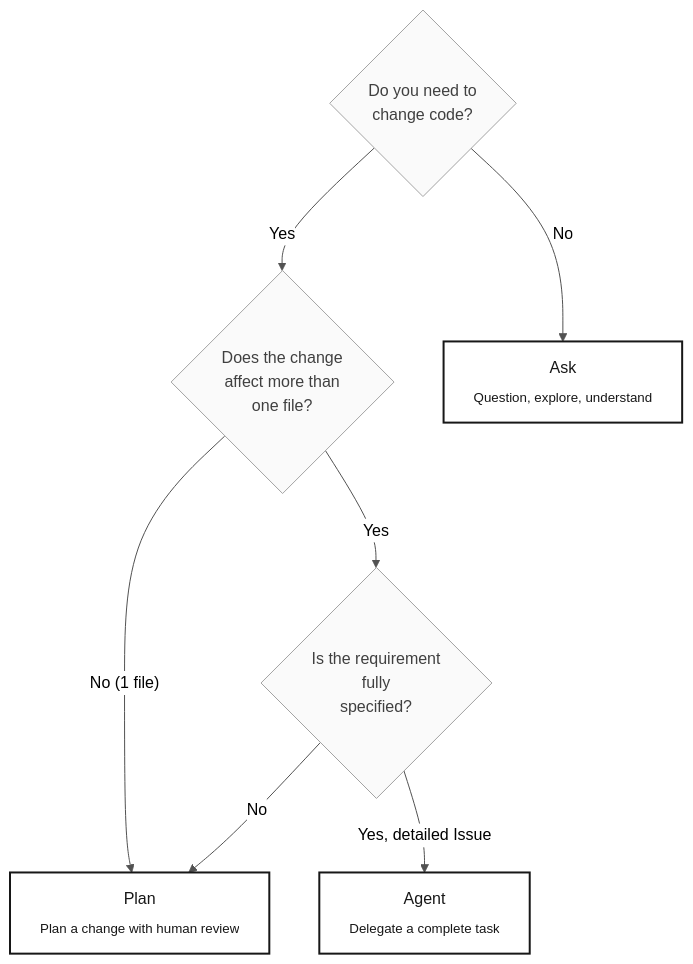
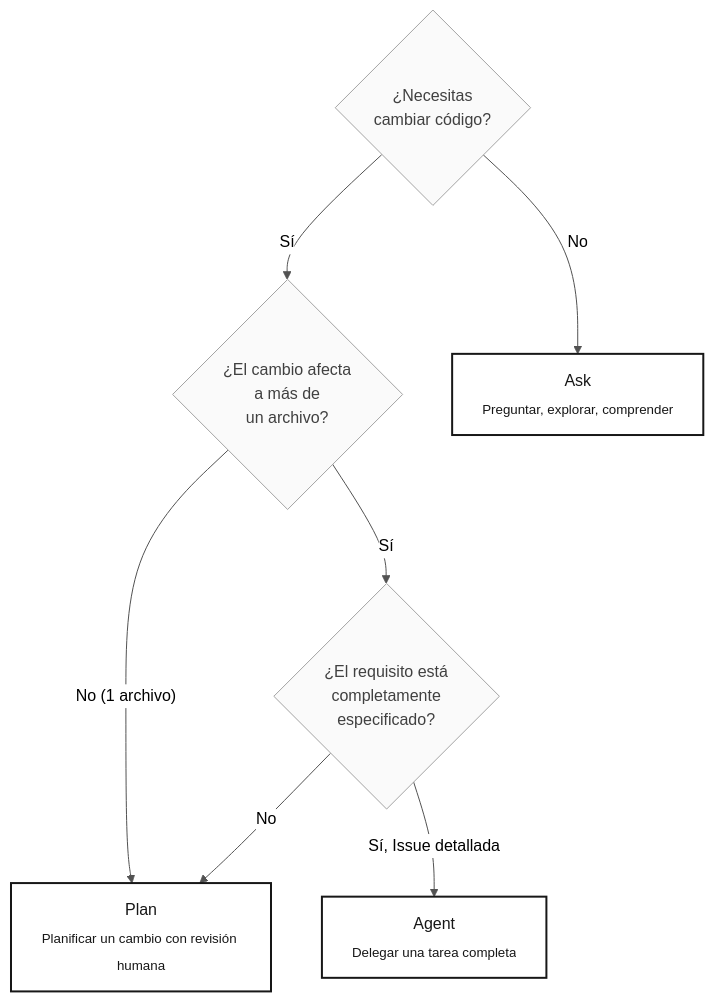
The diagram in 07-concepts/04-3-copilot-modes.md (paulasilvatech/datacorp-sifap-team-kit-pt-br), drawn with Mermaid before and after one commit. The commit also changed other lines of this file and 386 other files, not shown here.

````diff
--- a/07-concepts/04-3-copilot-modes.md
+++ b/07-concepts/04-3-copilot-modes.md
@@ -41,22 +41,22 @@
 ```mermaid
 %%{init: {'theme':'neutral','themeVariables':{'fontFamily':'ui-sans-serif, system-ui, sans-serif','primaryColor':'#F5F5F5','primaryTextColor':'#171717','primaryBorderColor':'#171717','lineColor':'#525252','secondaryColor':'#FFFFFF','tertiaryColor':'#FAFAFA','background':'#FFFFFF'}}}%%
 flowchart TD
     classDef step fill:#F5F5F5,stroke:#171717,color:#171717
     classDef result fill:#FFFFFF,stroke:#171717,color:#171717,stroke-width:2px
     classDef question fill:#FAFAFA,stroke:#A3A3A3,color:#404040
 
-    Q1{"Do you need to<br/>change code?"}:::question
-    Q2{"Does the change<br/>affect more than<br/>one file?"}:::question
-    Q3{"Is the requirement<br/>fully<br/>specified?"}:::question
+    Q1{"¿Necesitas<br/>cambiar código?"}:::question
+    Q2{"¿El cambio afecta<br/>a más de<br/>un archivo?"}:::question
+    Q3{"¿El requisito está<br/>completamente<br/>especificado?"}:::question
 
-    ASK["Ask<br/><sub>Question, explore, understand</sub>"]:::result
-    PLAN["Plan<br/><sub>Plan a change with human review</sub>"]:::result
-    AGENT["Agent<br/><sub>Delegate a complete task</sub>"]:::result
+    ASK["Ask<br/><sub>Preguntar, explorar, comprender</sub>"]:::result
+    PLAN["Plan<br/><sub>Planificar un cambio con revisión humana</sub>"]:::result
+    AGENT["Agent<br/><sub>Delegar una tarea completa</sub>"]:::result
 
     Q1 -- "No" --> ASK
-    Q1 -- "Yes" --> Q2
-    Q2 -- "No (1 file)" --> PLAN
-    Q2 -- "Yes" --> Q3
+    Q1 -- "Sí" --> Q2
+    Q2 -- "No (1 archivo)" --> PLAN
+    Q2 -- "Sí" --> Q3
     Q3 -- "No" --> PLAN
-    Q3 -- "Yes, detailed Issue" --> AGENT
+    Q3 -- "Sí, Issue detallada" --> AGENT
 ```
````
